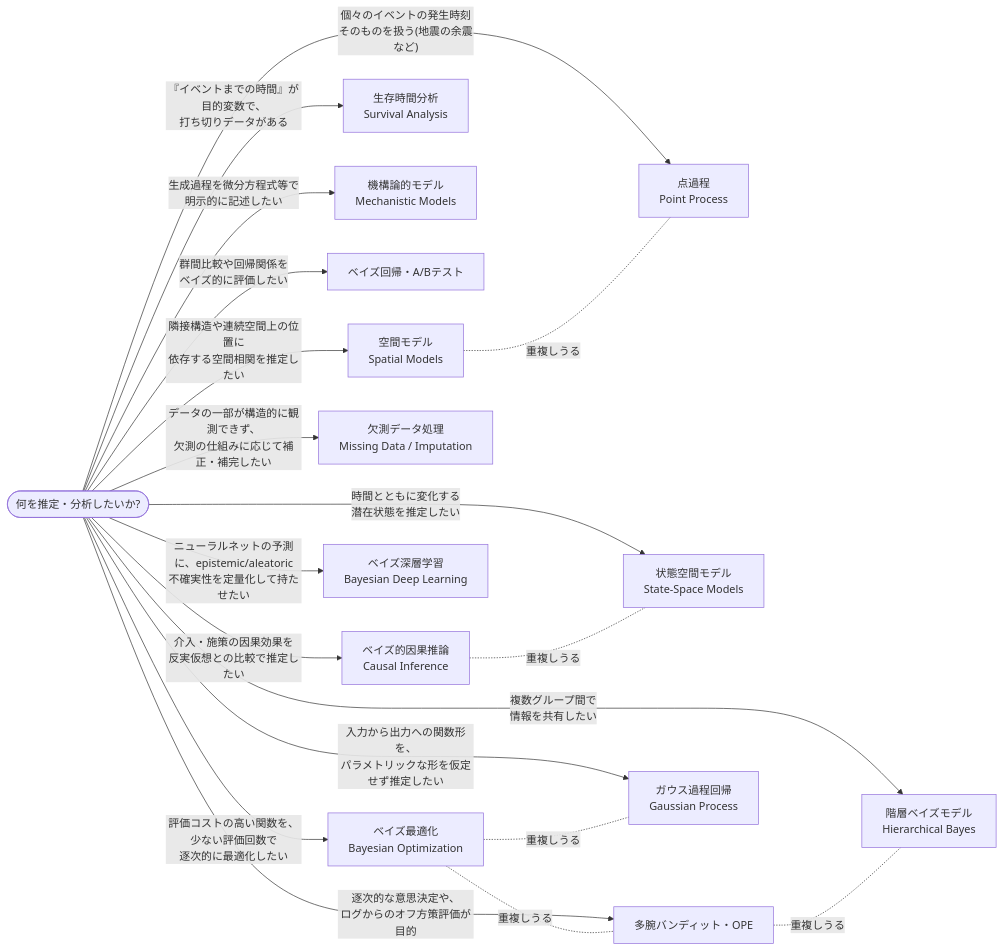
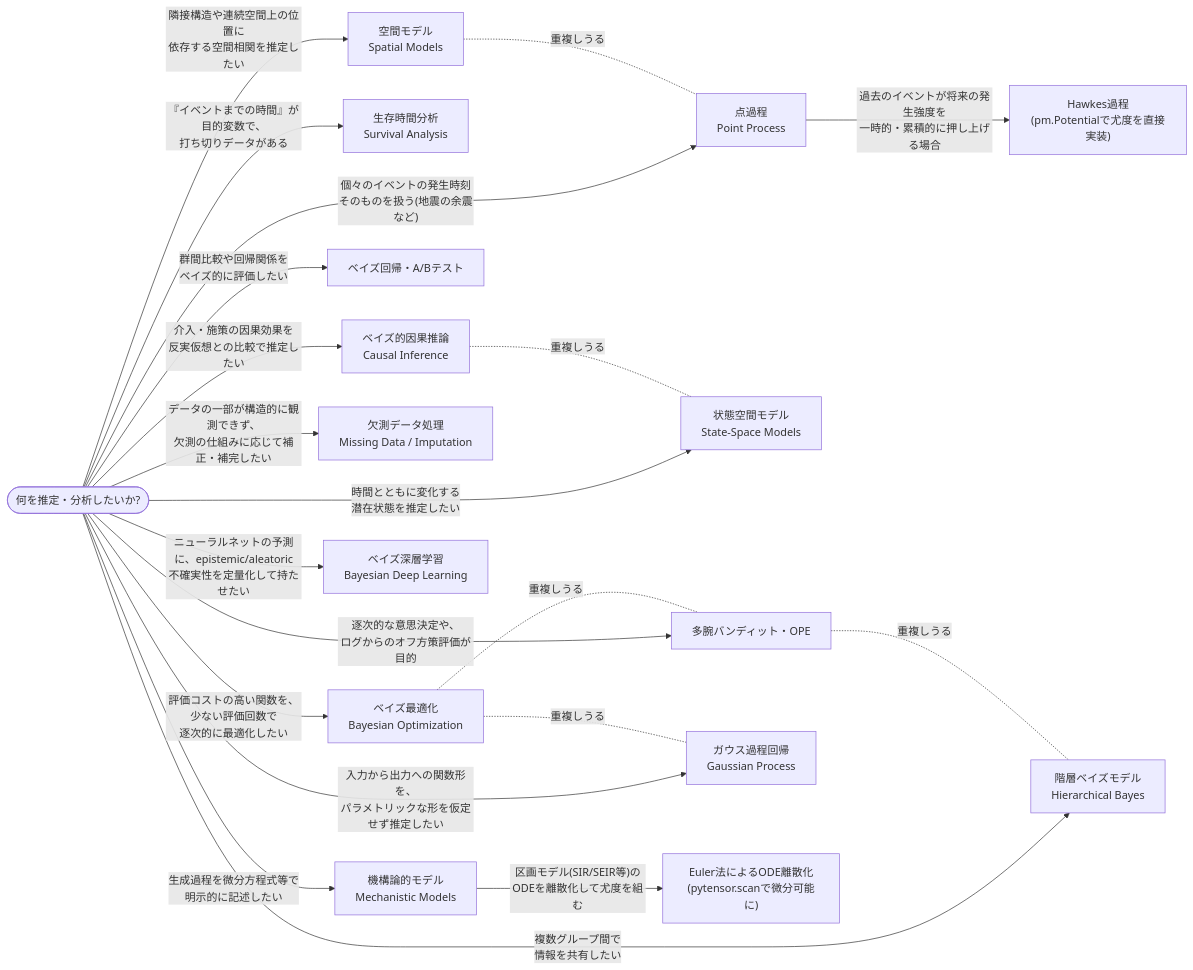
Before and after one commit to karahashimanato/bayesian-analysis-index: the diagram in analysis-types.md, drawn with Mermaid. The commit also changed other lines of this file, not shown here.

First line of the commit message:
Add Hawkes process / Euler-step ODE leaves to analysis-types flowchart

````diff
--- a/analysis-types.md
+++ b/analysis-types.md
@@ -9,24 +9,27 @@
 ```mermaid
 flowchart LR
     Start(["何を推定・分析したいか?"])
 
     Start -->|"介入・施策の因果効果を<br/>反実仮想との比較で推定したい"| CI["ベイズ的因果推論<br/>Causal Inference"]
     Start -->|"個々のイベントの発生時刻<br/>そのものを扱う(地震の余震など)"| PP["点過程<br/>Point Process"]
     Start -->|"『イベントまでの時間』が目的変数で、<br/>打ち切りデータがある"| SA["生存時間分析<br/>Survival Analysis"]
     Start -->|"生成過程を微分方程式等で<br/>明示的に記述したい"| MM["機構論的モデル<br/>Mechanistic Models"]
     Start -->|"時間とともに変化する<br/>潜在状態を推定したい"| SSM["状態空間モデル<br/>State-Space Models"]
     Start -->|"逐次的な意思決定や、<br/>ログからのオフ方策評価が目的"| MAB["多腕バンディット・OPE"]
     Start -->|"複数グループ間で<br/>情報を共有したい"| HB["階層ベイズモデル<br/>Hierarchical Bayes"]
     Start -->|"群間比較や回帰関係を<br/>ベイズ的に評価したい"| RB["ベイズ回帰・A/Bテスト"]
     Start -->|"入力から出力への関数形を、<br/>パラメトリックな形を仮定せず推定したい"| GP["ガウス過程回帰<br/>Gaussian Process"]
     Start -->|"隣接構造や連続空間上の位置に<br/>依存する空間相関を推定したい"| SP["空間モデル<br/>Spatial Models"]
     Start -->|"データの一部が構造的に観測できず、<br/>欠測の仕組みに応じて補正・補完したい"| MD["欠測データ処理<br/>Missing Data / Imputation"]
     Start -->|"評価コストの高い関数を、少ない評価回数で<br/>逐次的に最適化したい"| BO["ベイズ最適化<br/>Bayesian Optimization"]
     Start -->|"ニューラルネットの予測に、epistemic/aleatoric<br/>不確実性を定量化して持たせたい"| BDL["ベイズ深層学習<br/>Bayesian Deep Learning"]
 
+    PP -->|"過去のイベントが将来の発生強度を<br/>一時的・累積的に押し上げる場合"| Hawkes["Hawkes過程<br/>(pm.Potentialで尤度を直接実装)"]
+    MM -->|"区画モデル(SIR/SEIR等)の<br/>ODEを離散化して尤度を組む"| Euler["Euler法によるODE離散化<br/>(pytensor.scanで微分可能に)"]
+
     CI -.重複しうる.- SSM
     MAB -.重複しうる.- HB
     SP -.重複しうる.- PP
     BO -.重複しうる.- GP
     BO -.重複しうる.- MAB
 ```
````
